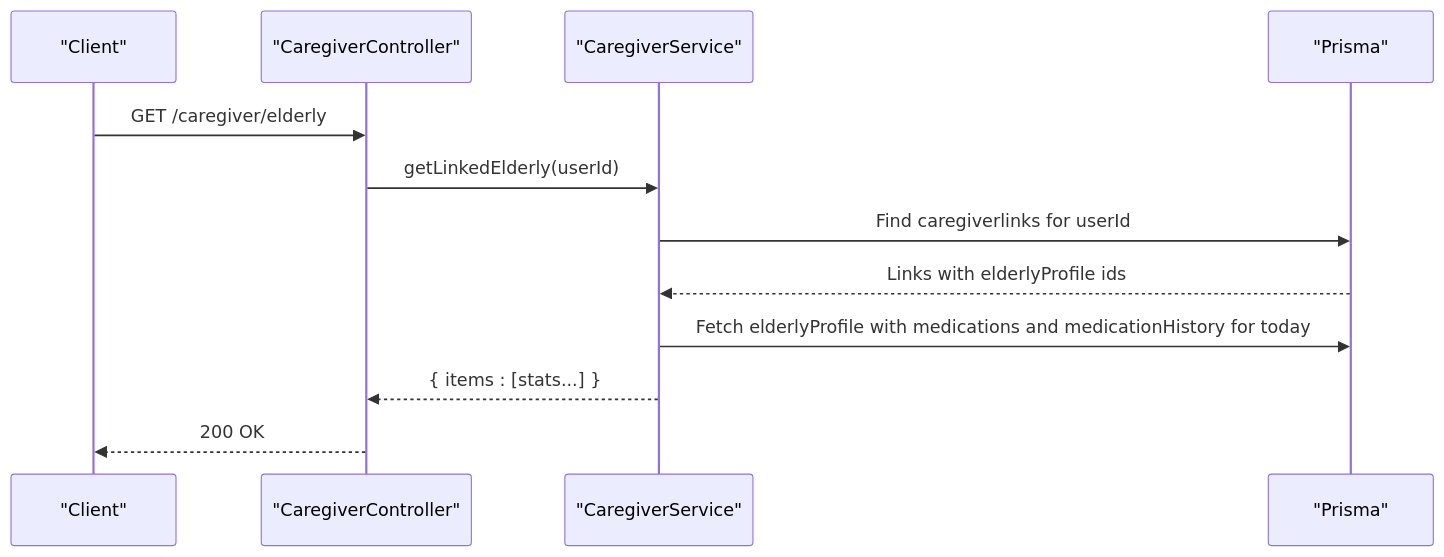
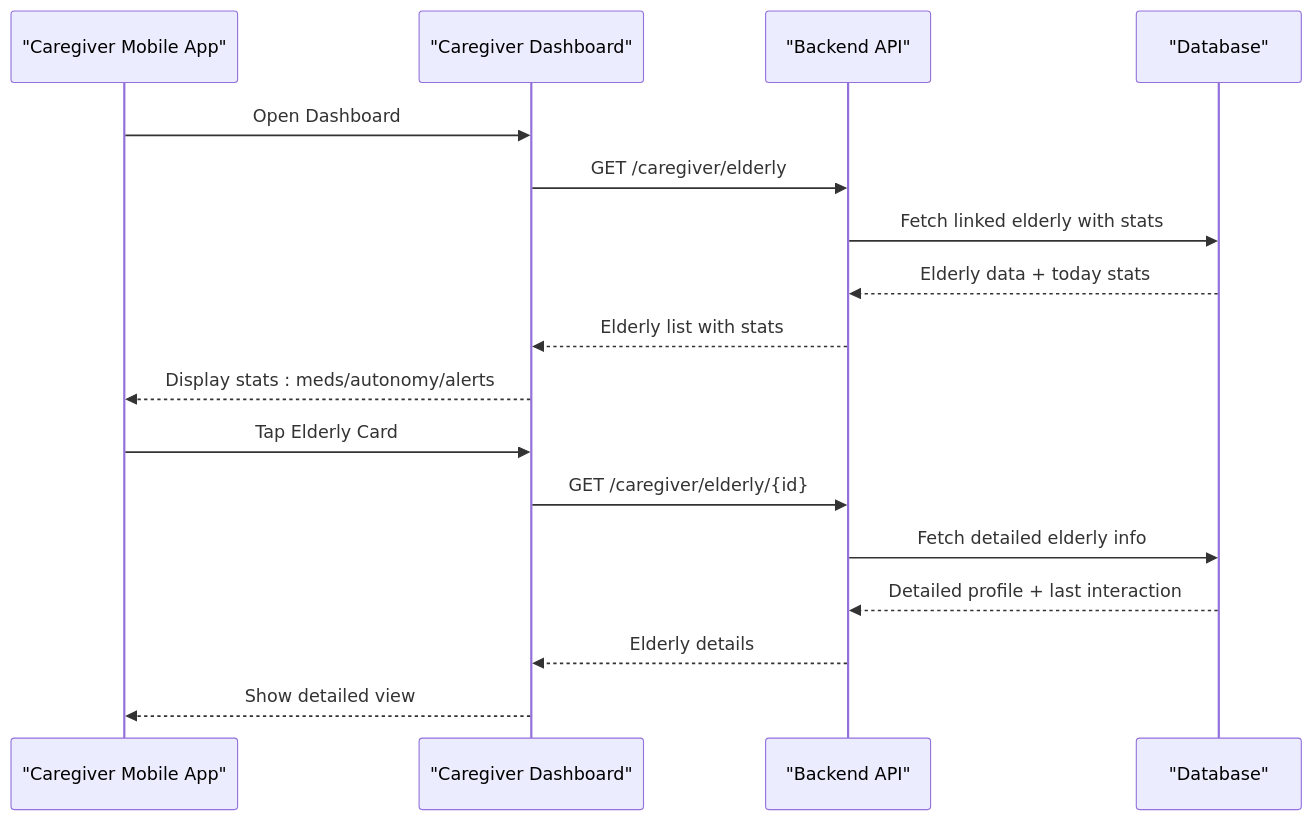
Before and after one commit to jairosouza67/99-Pai: the sixth of 8 diagrams in .qoder/repowiki/en/content/Caregiver Integration.md, drawn with Mermaid. The commit also changed other lines of this file and 17 other files, not shown here.

````diff
--- a/.qoder/repowiki/en/content/Caregiver Integration.md
+++ b/.qoder/repowiki/en/content/Caregiver Integration.md
@@ -235,14 +312,19 @@
 ```mermaid
 sequenceDiagram
-participant Client as "Client"
-participant Ctrl as "CaregiverController"
-participant Svc as "CaregiverService"
-participant DB as "Prisma"
-Client->>Ctrl : GET /caregiver/elderly
-Ctrl->>Svc : getLinkedElderly(userId)
-Svc->>DB : Find caregiverlinks for userId
-DB-->>Svc : Links with elderlyProfile ids
-Svc->>DB : Fetch elderlyProfile with medications and medicationHistory for today
-Svc-->>Ctrl : { items : [stats...] }
-Ctrl-->>Client : 200 OK
+participant Caregiver as "Caregiver Mobile App"
+participant Dashboard as "Caregiver Dashboard"
+participant API as "Backend API"
+participant Database as "Database"
+Caregiver->>Dashboard : Open Dashboard
+Dashboard->>API : GET /caregiver/elderly
+API->>Database : Fetch linked elderly with stats
+Database-->>API : Elderly data + today stats
+API-->>Dashboard : Elderly list with stats
+Dashboard-->>Caregiver : Display stats : meds/autonomy/alerts
+Caregiver->>Dashboard : Tap Elderly Card
+Dashboard->>API : GET /caregiver/elderly/{id}
+API->>Database : Fetch detailed elderly info
+Database-->>API : Detailed profile + last interaction
+API-->>Dashboard : Elderly details
+Dashboard-->>Caregiver : Show detailed view
 ```
````
